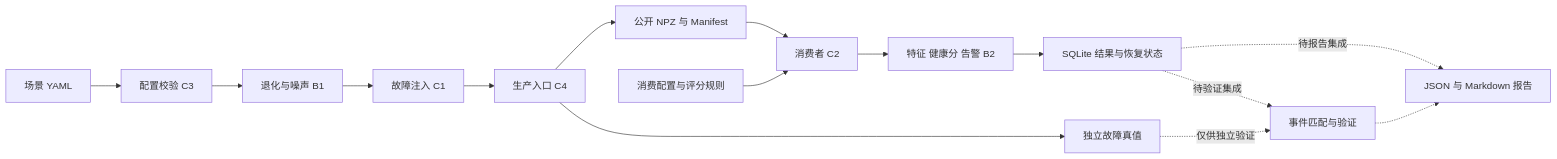
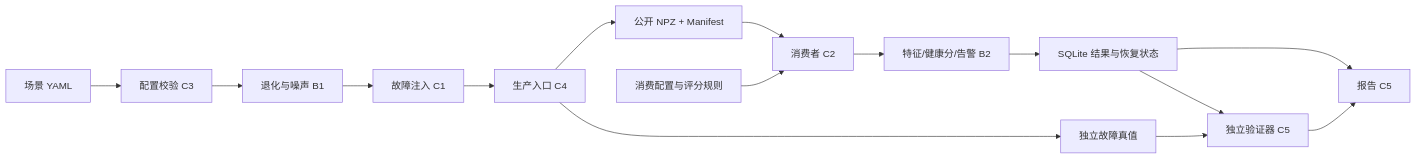
The first of 2 diagrams in docs/architecture.md (Zhu-ShuH/g15-predictive-maintenance), drawn with Mermaid before and after one commit. The commit also changed other lines of this file and 1 other file, not shown here.

Commit message:
docs(117): 架构图与 ai_prompts 真值读者统一为报告层对账口径

````diff
--- a/docs/architecture.md
+++ b/docs/architecture.md
@@ -11,17 +9,17 @@
 ```mermaid
 flowchart LR
     SC[场景 YAML] --> CFG[配置校验 C3]
     CFG --> SIM[退化与噪声 B1]
     SIM --> FAULT[故障注入 C1]
     FAULT --> PROD[生产入口 C4]
-    PROD --> RAW[公开 NPZ 与 Manifest]
+    PROD --> RAW[公开 NPZ + Manifest]
     PROD --> TRUTH[独立故障真值]
     RAW --> CONS[消费者 C2]
     CC[消费配置与评分规则] --> CONS
-    CONS --> ANALYSIS[特征 健康分 告警 B2]
+    CONS --> ANALYSIS[特征/健康分/告警 B2]
     ANALYSIS --> DB[SQLite 结果与恢复状态]
-    DB -. 待报告集成 .-> REPORT[JSON 与 Markdown 报告]
-    TRUTH -. 仅供独立验证 .-> VERIFY[事件匹配与验证]
-    DB -. 待验证集成 .-> VERIFY
-    VERIFY -.-> REPORT
+    DB --> REPORT[报告 C5]
+    TRUTH --> VERIFY[独立验证器 C5]
+    DB --> VERIFY
+    VERIFY --> REPORT
 ```
````
